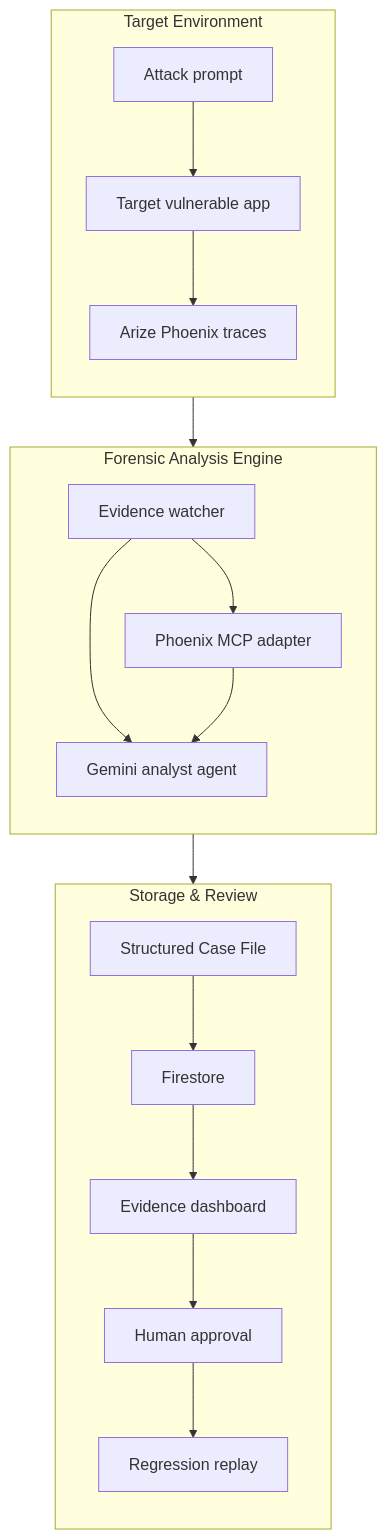
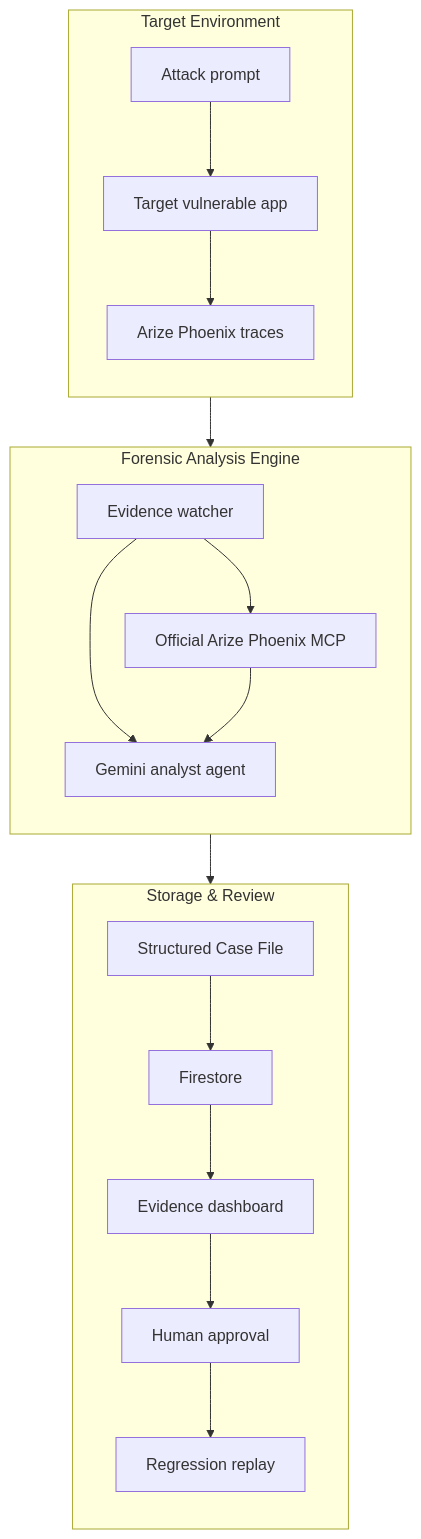
One commit to JacobThree/Evidence-Freezer changed the diagram in README.md. Above: the diagram before and after it, drawn with Mermaid. The commit also changed other lines of this file and 22 other files, not shown here.

Commit message:
Integrate official Arize Phoenix MCP server

````diff
--- a/README.md
+++ b/README.md
@@ -48,25 +49,25 @@
 ```mermaid
 flowchart TD
     subgraph Environment ["Target Environment"]
         direction TB
         attacker["Attack prompt"] --> target["Target vulnerable app"]
         target --> phoenix["Arize Phoenix traces"]
     end
 
     subgraph Analysis ["Forensic Analysis Engine"]
         direction TB
-        phoenix --> mcp["Phoenix MCP adapter"]
+        phoenix --> mcp["Official Arize Phoenix MCP"]
         watcher["Evidence watcher"] --> mcp
         watcher --> analyst["Gemini analyst agent"]
         mcp --> analyst
     end
 
     subgraph Review ["Storage & Review"]
         direction TB
         analyst --> casefile["Structured Case File"]
         casefile --> firestore["Firestore"]
         firestore --> dashboard["Evidence dashboard"]
         dashboard --> human["Human approval"]
         human --> replay["Regression replay"]
     end
 ```
````
